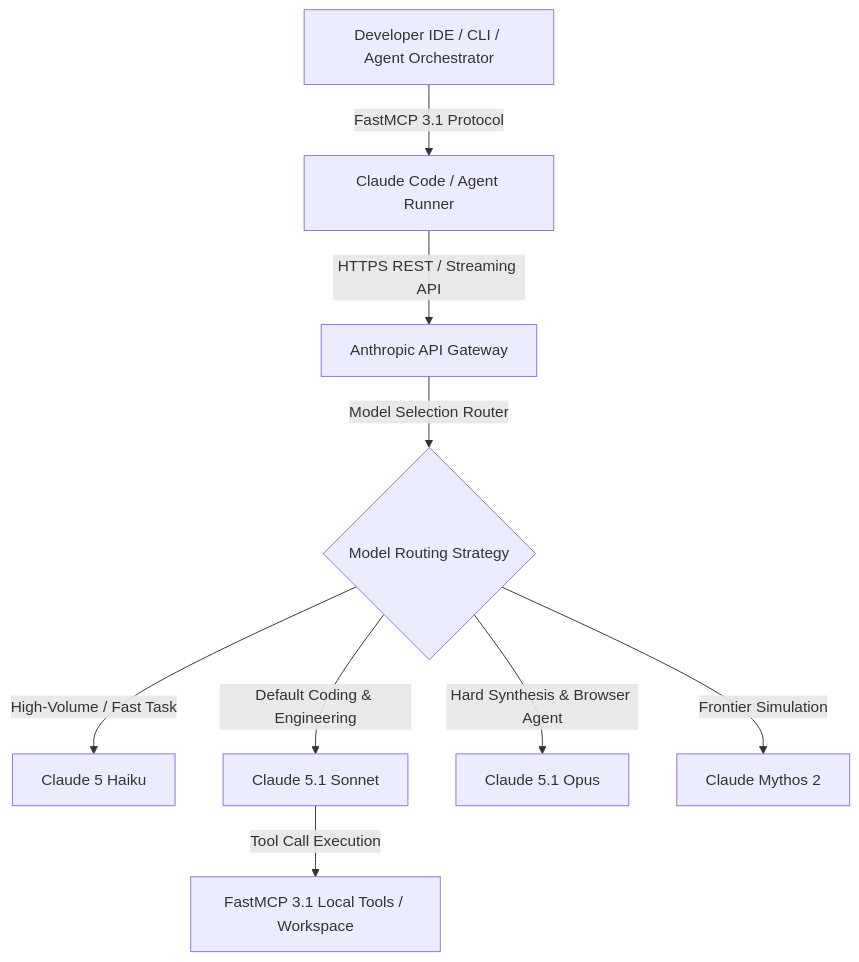
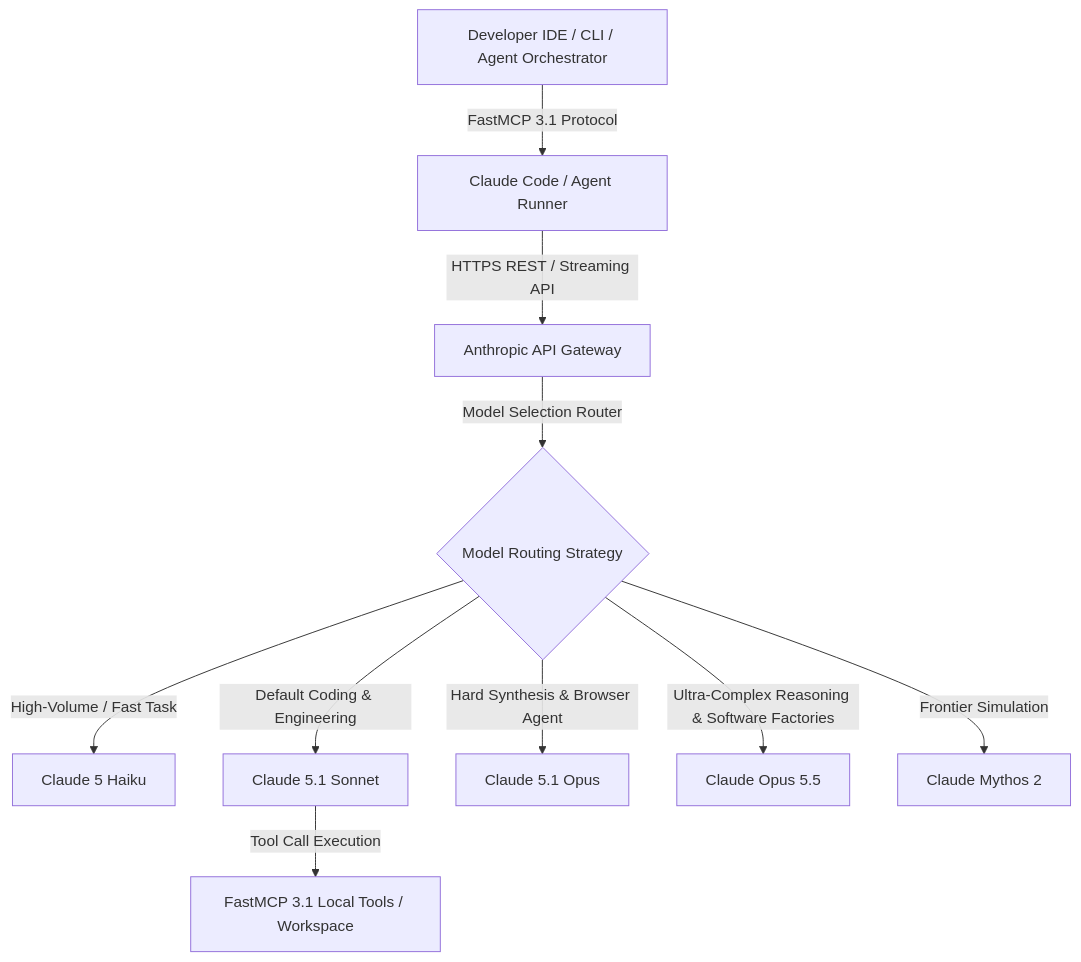
The diagram in docs/tools/providers/anthropic.md (joanmarcriera/Home-office-automations), drawn with Mermaid before and after one commit. The commit also changed other lines of this file and 8 other files, not shown here.

````diff
--- a/docs/tools/providers/anthropic.md
+++ b/docs/tools/providers/anthropic.md
@@ -16,11 +16,12 @@
 ```mermaid
 graph TD
     Client[Developer IDE / CLI / Agent Orchestrator] -->|FastMCP 3.1 Protocol| Agent[Claude Code / Agent Runner]
     Agent -->|HTTPS REST / Streaming API| API[Anthropic API Gateway]
     API -->|Model Selection Router| Router{Model Routing Strategy}
     Router -->|High-Volume / Fast Task| Haiku[Claude 5 Haiku]
     Router -->|Default Coding & Engineering| Sonnet[Claude 5.1 Sonnet]
     Router -->|Hard Synthesis & Browser Agent| Opus[Claude 5.1 Opus]
+    Router -->|Ultra-Complex Reasoning & Software Factories| Opus55[Claude Opus 5.5]
     Router -->|Frontier Simulation| Mythos[Claude Mythos 2]
     Sonnet -->|Tool Call Execution| LocalTools[FastMCP 3.1 Local Tools / Workspace]
 ```
````
